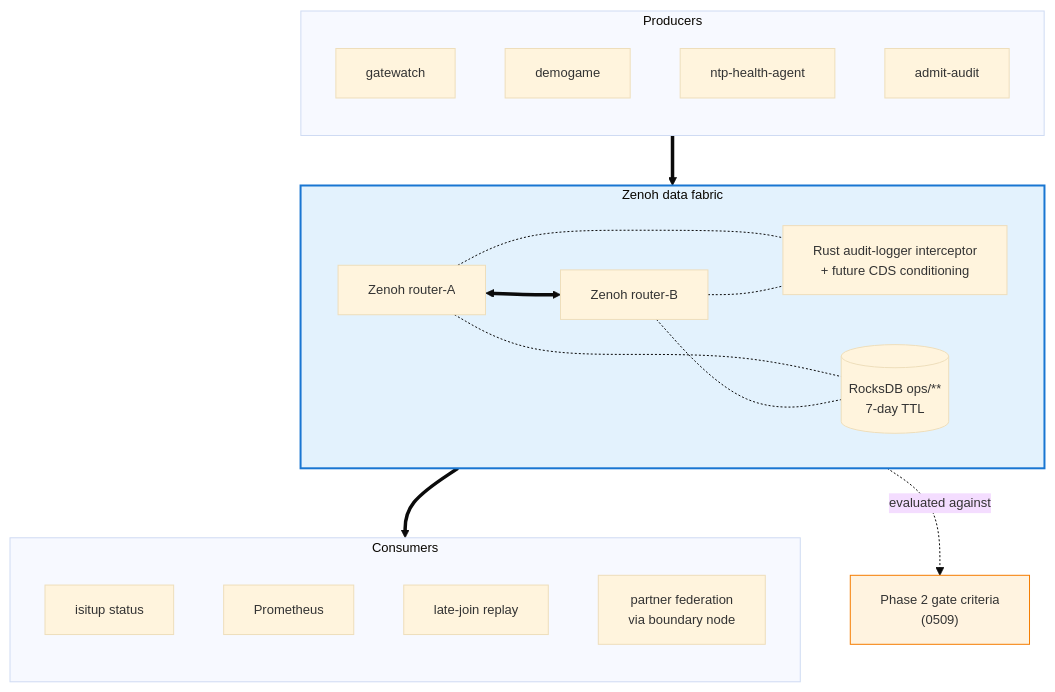
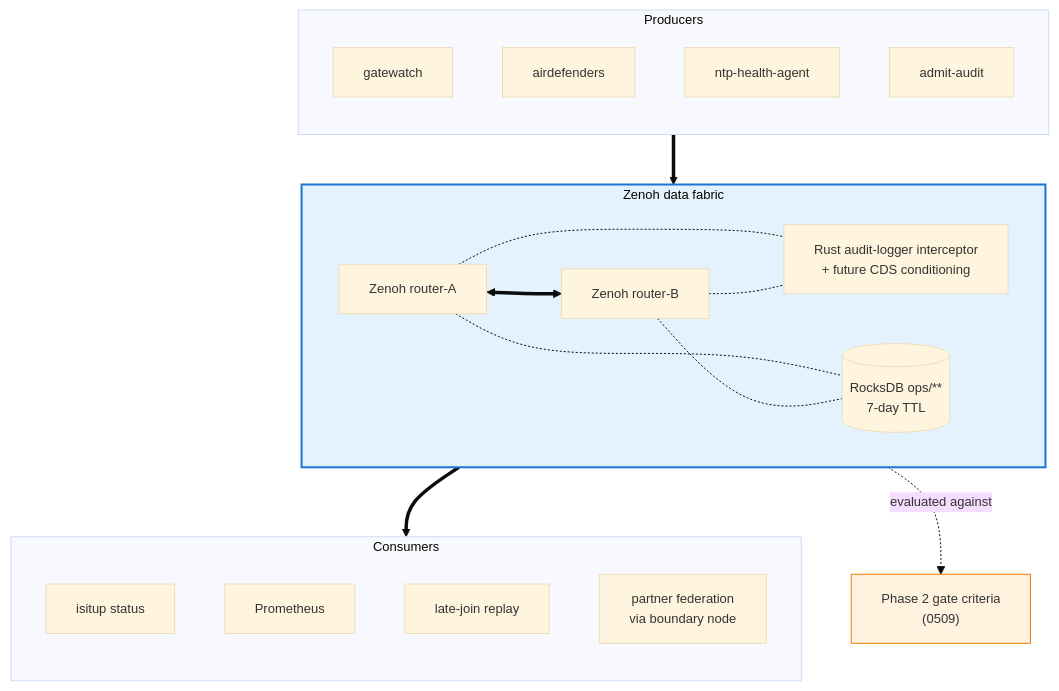
Before and after one commit to 0mlml/goatcore: the diagram in docs/adr/diagrams/0500-zenoh-data-fabric.mmd, drawn with Mermaid. The commit also changed 65 other files, not shown here.

```diff
--- a/docs/adr/diagrams/0500-zenoh-data-fabric.mmd
+++ b/docs/adr/diagrams/0500-zenoh-data-fabric.mmd
@@ -1,37 +1,37 @@
 %%{init: {'theme': 'base', 'themeVariables': {'fontSize': '13px'}}}%%
 graph TB
   subgraph PROD["Producers"]
     direction TB
     P1[gatewatch]
-    P2[demogame]
+    P2[airdefenders]
     P3[ntp-health-agent]
     P4[admit-audit]
   end
 
   subgraph FABRIC["Zenoh data fabric"]
     direction LR
     R1[Zenoh router-A] <==> R2[Zenoh router-B]
     INTERCEPT[Rust audit-logger interceptor<br/>+ future CDS conditioning]
     R1 -.- INTERCEPT
     R2 -.- INTERCEPT
     STORE[(RocksDB ops/**<br/>7-day TTL)]
     R1 -.- STORE
     R2 -.- STORE
   end
 
   subgraph CONS["Consumers"]
     direction TB
     C1[isitup status]
     C2[Prometheus]
     C3[late-join replay]
     C4[partner federation<br/>via boundary node]
   end
 
   PROD ==> FABRIC
   FABRIC ==> CONS
 
   GATE["Phase 2 gate criteria<br/>(0509)"]:::gate
   FABRIC -. evaluated against .-> GATE
 
   classDef gate fill:#fff3e0,stroke:#f57c00
   style FABRIC fill:#e3f2fd,stroke:#1976d2,stroke-width:2px
```
